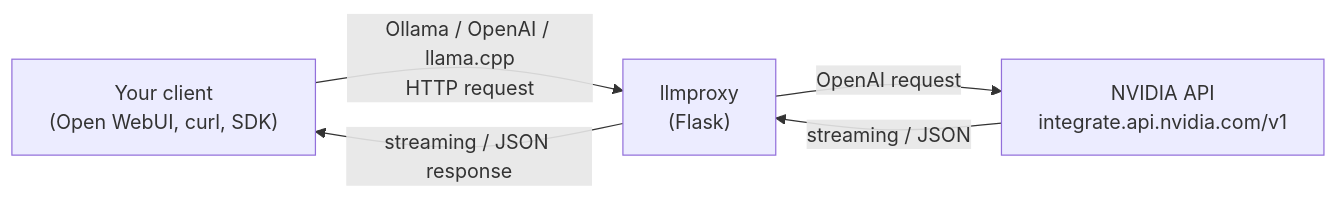
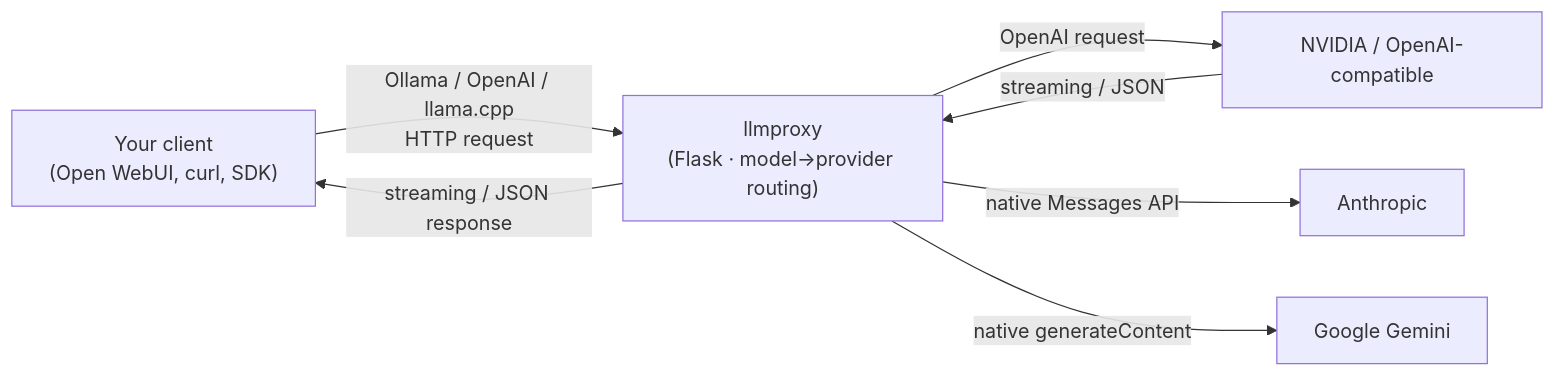
The diagram in README.md (lordraw77/llmproxy), drawn with Mermaid before and after one commit. The commit also changed other lines of this file and 34 other files, not shown here.

````diff
--- a/README.md
+++ b/README.md
@@ -39,11 +68,15 @@
 ```mermaid
 flowchart LR
     client["Your client<br/>(Open WebUI, curl, SDK)"]
-    proxy["llmproxy<br/>(Flask)"]
-    nvidia["NVIDIA API<br/>integrate.api.nvidia.com/v1"]
+    proxy["llmproxy<br/>(Flask · model→provider routing)"]
+    nvidia["NVIDIA / OpenAI-compatible"]
+    anthropic["Anthropic"]
+    gemini["Google Gemini"]
 
     client -->|"Ollama / OpenAI / llama.cpp<br/>HTTP request"| proxy
     proxy -->|"OpenAI request"| nvidia
+    proxy -->|"native Messages API"| anthropic
+    proxy -->|"native generateContent"| gemini
     nvidia -->|"streaming / JSON"| proxy
     proxy -->|"streaming / JSON response"| client
 ```
````
